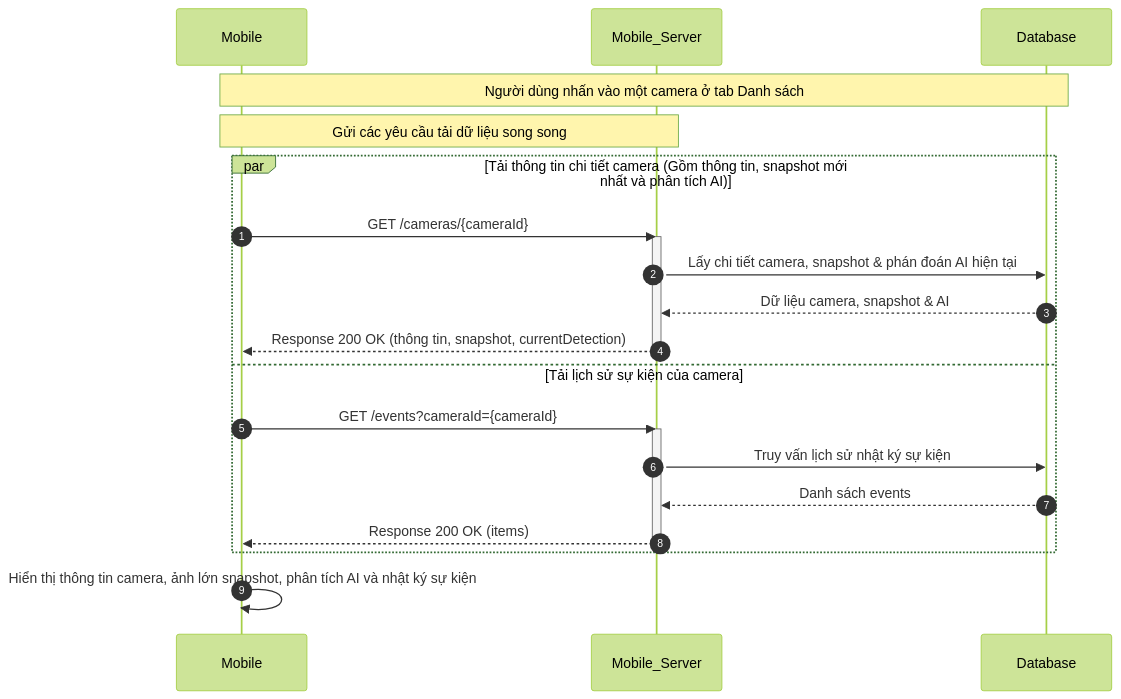
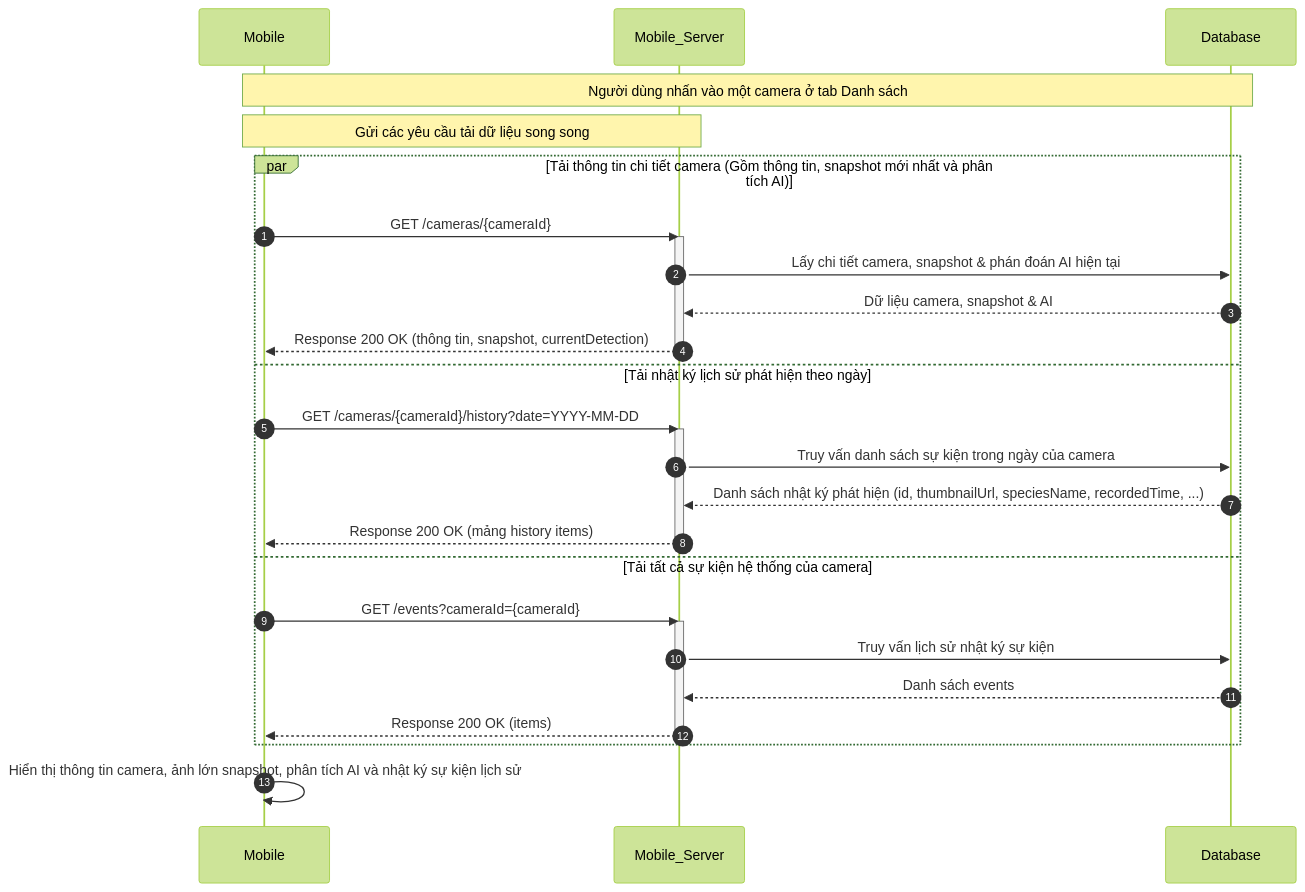
Diagram 12 of 21 in docs/04-sequence-diagram.md (trungnguyenthien/Wildlife-Warning-and-Deterrence-System), drawn with Mermaid (forest theme) before and after one commit. The commit also changed other lines of this file and 3 other files, not shown here.

Commit message:
docs: update sequence and mobile API documentation and add new agent skill profile

````diff
--- a/docs/04-sequence-diagram.md
+++ b/docs/04-sequence-diagram.md
@@ -424,26 +446,33 @@
 ```mermaid
 sequenceDiagram
     autonumber
     participant Mobile as Mobile
     participant Mobile_Server as Mobile_Server
     participant Database as Database
 
     Note over Mobile, Database: Người dùng nhấn vào một camera ở tab Danh sách
     Note over Mobile, Mobile_Server: Gửi các yêu cầu tải dữ liệu song song
     par Tải thông tin chi tiết camera (Gồm thông tin, snapshot mới nhất và phân tích AI)
         Mobile->>Mobile_Server: GET /cameras/{cameraId}
         activate Mobile_Server
         Mobile_Server->>Database: Lấy chi tiết camera, snapshot & phán đoán AI hiện tại
         Database-->>Mobile_Server: Dữ liệu camera, snapshot & AI
         Mobile_Server-->>Mobile: Response 200 OK (thông tin, snapshot, currentDetection)
         deactivate Mobile_Server
-    and Tải lịch sử sự kiện của camera
+    and Tải nhật ký lịch sử phát hiện theo ngày
+        Mobile->>Mobile_Server: GET /cameras/{cameraId}/history?date=YYYY-MM-DD
+        activate Mobile_Server
+        Mobile_Server->>Database: Truy vấn danh sách sự kiện trong ngày của camera
+        Database-->>Mobile_Server: Danh sách nhật ký phát hiện (id, thumbnailUrl, speciesName, recordedTime, ...)
+        Mobile_Server-->>Mobile: Response 200 OK (mảng history items)
+        deactivate Mobile_Server
+    and Tải tất cả sự kiện hệ thống của camera
         Mobile->>Mobile_Server: GET /events?cameraId={cameraId}
         activate Mobile_Server
         Mobile_Server->>Database: Truy vấn lịch sử nhật ký sự kiện
         Database-->>Mobile_Server: Danh sách events
         Mobile_Server-->>Mobile: Response 200 OK (items)
         deactivate Mobile_Server
     end
-    Mobile->>Mobile: Hiển thị thông tin camera, ảnh lớn snapshot, phân tích AI và nhật ký sự kiện
+    Mobile->>Mobile: Hiển thị thông tin camera, ảnh lớn snapshot, phân tích AI và nhật ký sự kiện lịch sử
 ```
````
